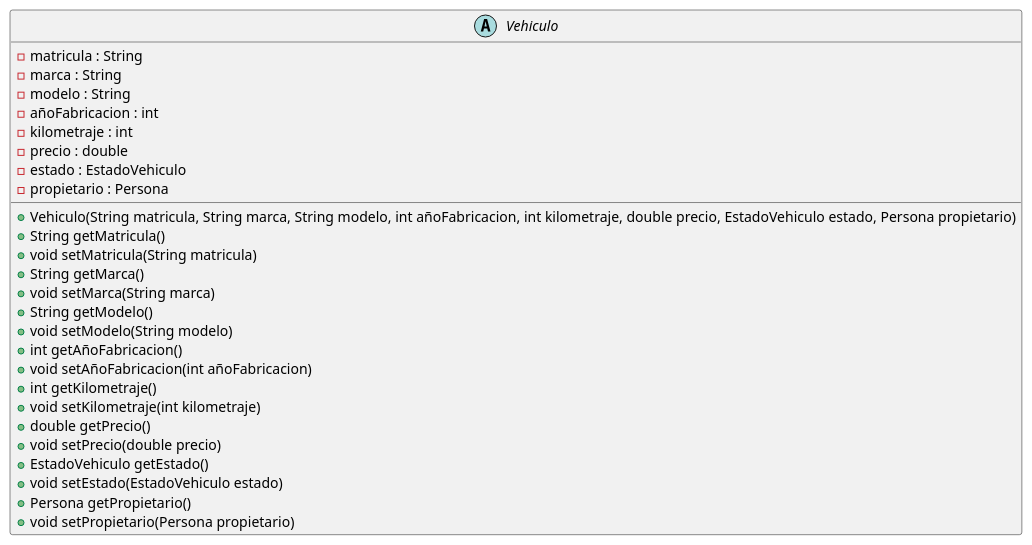
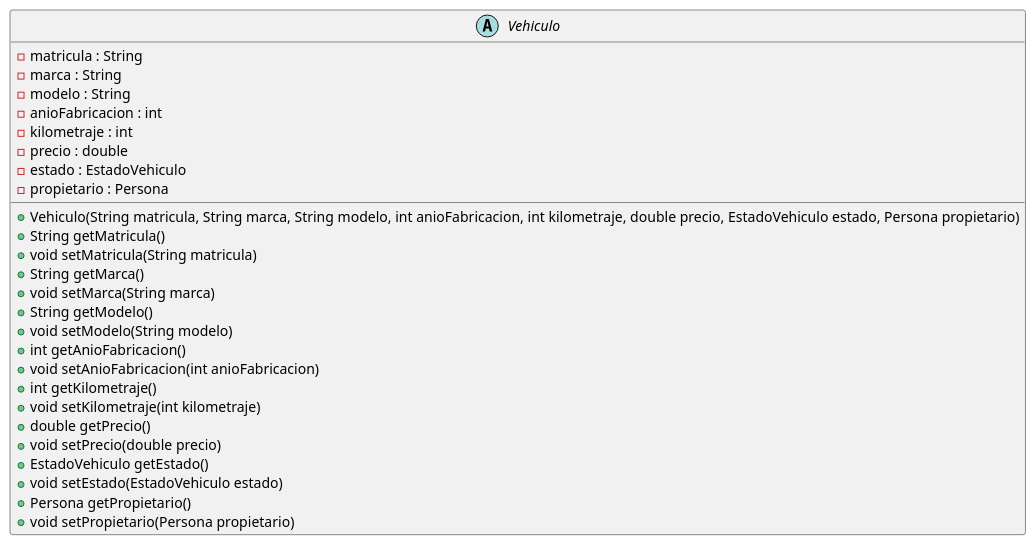
Before and after one commit to AndyMMtnz/UT5_ED_Prog: the diagram in uml/Vehiculo.puml, drawn with PlantUML. The commit also changed 17 other files, not shown here.

```diff
--- a/uml/Vehiculo.puml
+++ b/uml/Vehiculo.puml
@@ -1,31 +1,31 @@
 @startuml
 abstract class Vehiculo {
 -matricula : String
 -marca : String
 -modelo : String
--añoFabricacion : int
+-anioFabricacion : int
 -kilometraje : int
 -precio : double
 -estado : EstadoVehiculo
 -propietario : Persona
 
-+Vehiculo(String matricula, String marca, String modelo, int añoFabricacion, int kilometraje, double precio, EstadoVehiculo estado, Persona propietario)
++Vehiculo(String matricula, String marca, String modelo, int anioFabricacion, int kilometraje, double precio, EstadoVehiculo estado, Persona propietario)
 +String getMatricula()
 +void setMatricula(String matricula)
 +String getMarca()
 +void setMarca(String marca)
 +String getModelo()
 +void setModelo(String modelo)
-+int getAñoFabricacion()
-+void setAñoFabricacion(int añoFabricacion)
++int getAnioFabricacion()
++void setAnioFabricacion(int anioFabricacion)
 +int getKilometraje()
 +void setKilometraje(int kilometraje)
 +double getPrecio()
 +void setPrecio(double precio)
 +EstadoVehiculo getEstado()
 +void setEstado(EstadoVehiculo estado)
 +Persona getPropietario()
 +void setPropietario(Persona propietario)
 
 }
 @enduml
```
